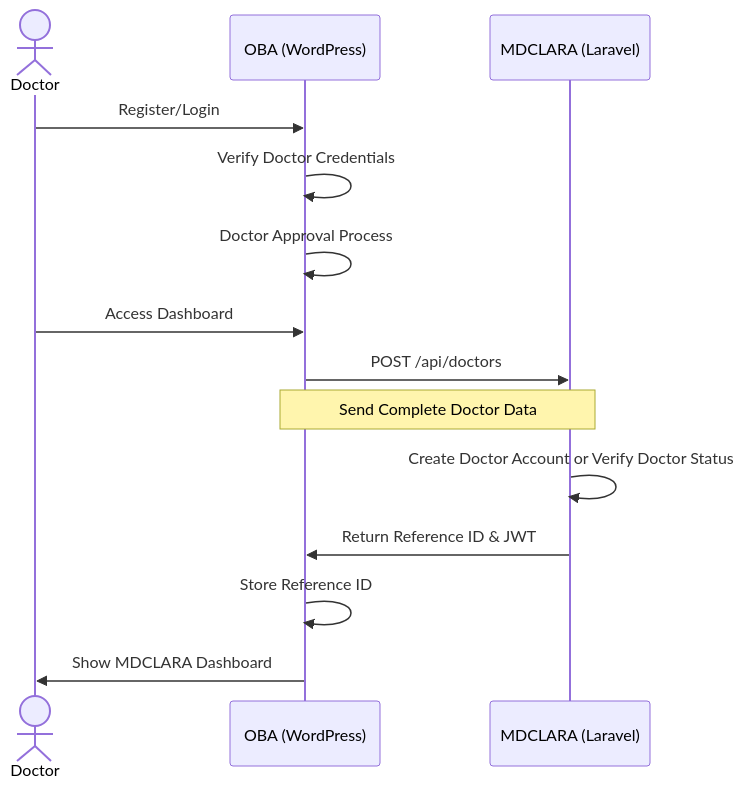
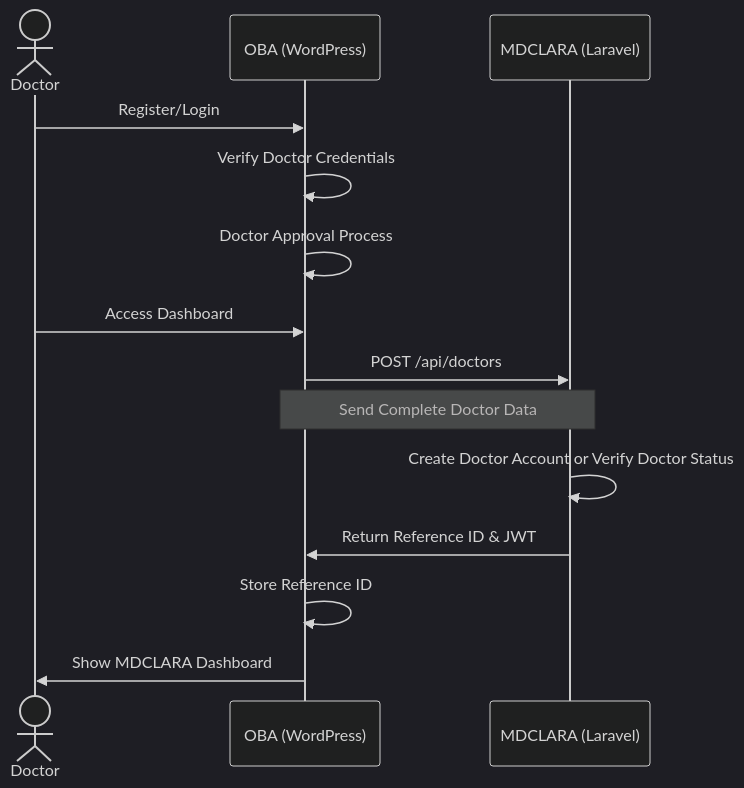
One commit to MOHAMEDHESMAM8/obahealthclub changed the first of 5 diagrams in index.md. Above: the diagram before and after it, drawn with Mermaid. The commit also changed other lines of this file, not shown here.

````diff
--- a/index.md
+++ b/index.md
@@ -6,16 +8,17 @@
 ```mermaid
+%%{init: {'theme': 'dark'}}%%
 sequenceDiagram
     actor Doctor
     participant OBA as OBA (WordPress)
     participant MDCLARA as MDCLARA (Laravel)
     Doctor->>OBA: Register/Login
     OBA->>OBA: Verify Doctor Credentials
     OBA->>OBA: Doctor Approval Process
     Doctor->>OBA: Access Dashboard
     OBA->>MDCLARA: POST /api/doctors
     Note over OBA,MDCLARA: Send Complete Doctor Data
     MDCLARA->>MDCLARA: Create Doctor Account or Verify Doctor Status 
     MDCLARA->>OBA: Return Reference ID & JWT
     OBA->>OBA: Store Reference ID
     OBA->>Doctor: Show MDCLARA Dashboard
 ```
````
